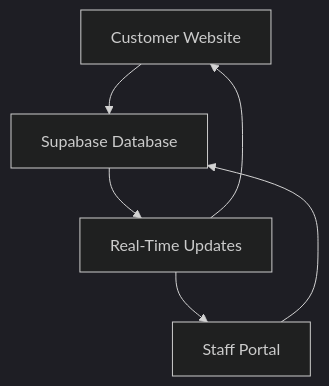
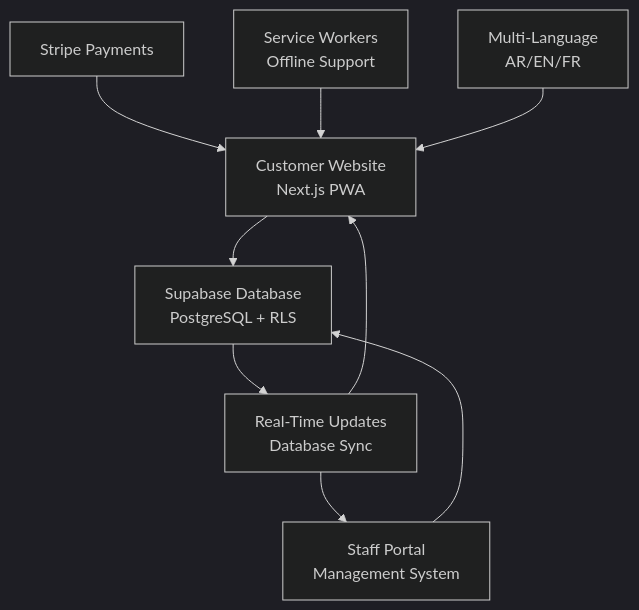
Before and after one commit to XandarSword3/Port-San-Antonio: the diagram in README.md, drawn with Mermaid (dark theme). The commit also changed other lines of this file and 13 other files, not shown here.

````diff
--- a/README.md
+++ b/README.md
@@ -21,8 +32,11 @@
 ```mermaid
 graph TB
-    A[Customer Website] --> B[Supabase Database]
-    C[Staff Portal] --> B
-    B --> D[Real-Time Updates]
+    A[Customer Website<br/>Next.js PWA] --> B[Supabase Database<br/>PostgreSQL + RLS]
+    C[Staff Portal<br/>Management System] --> B
+    B --> D[Real-Time Updates<br/>Database Sync]
     D --> A
     D --> C
+    E[Stripe Payments] --> A
+    F[Service Workers<br/>Offline Support] --> A
+    G[Multi-Language<br/>AR/EN/FR] --> A
 ```
````
